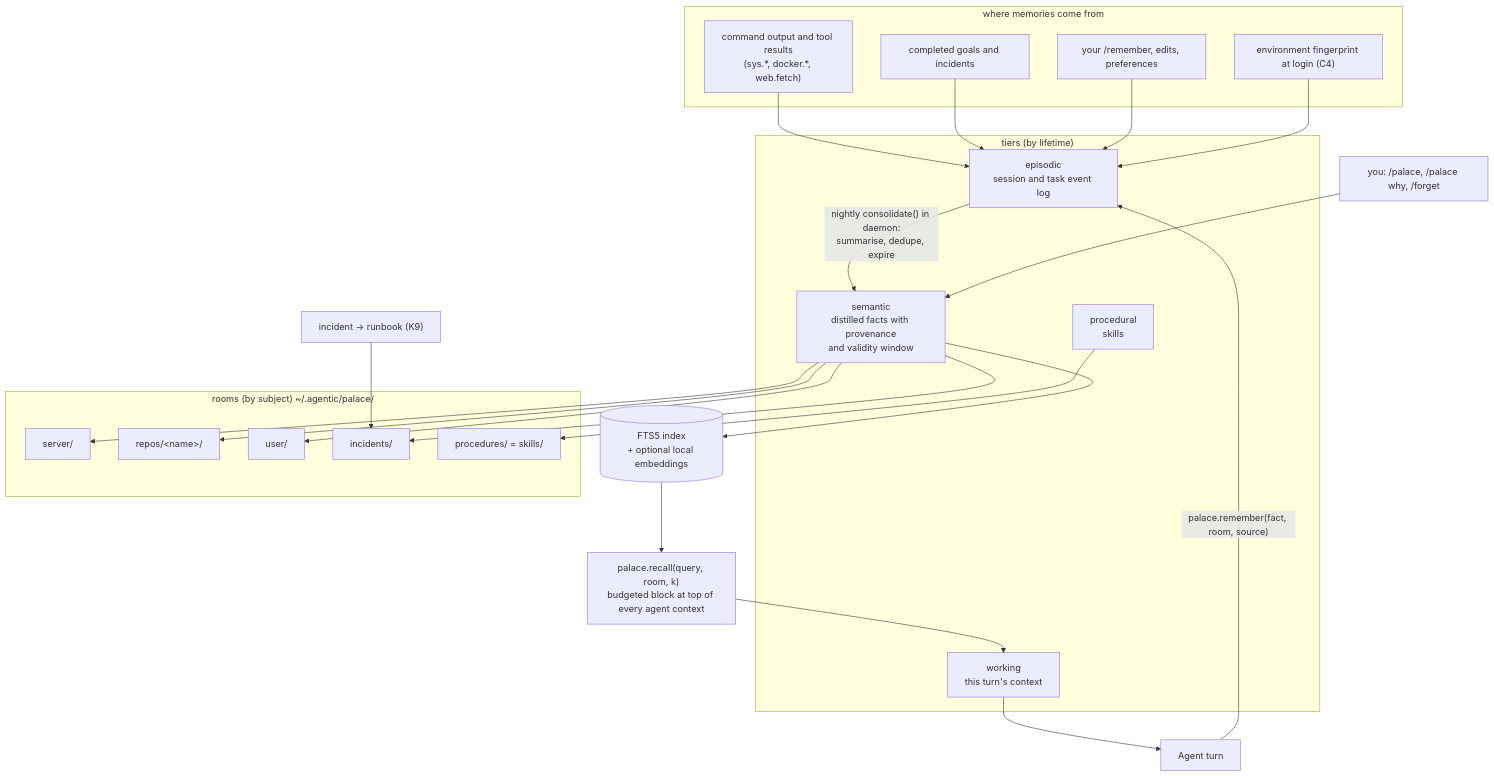
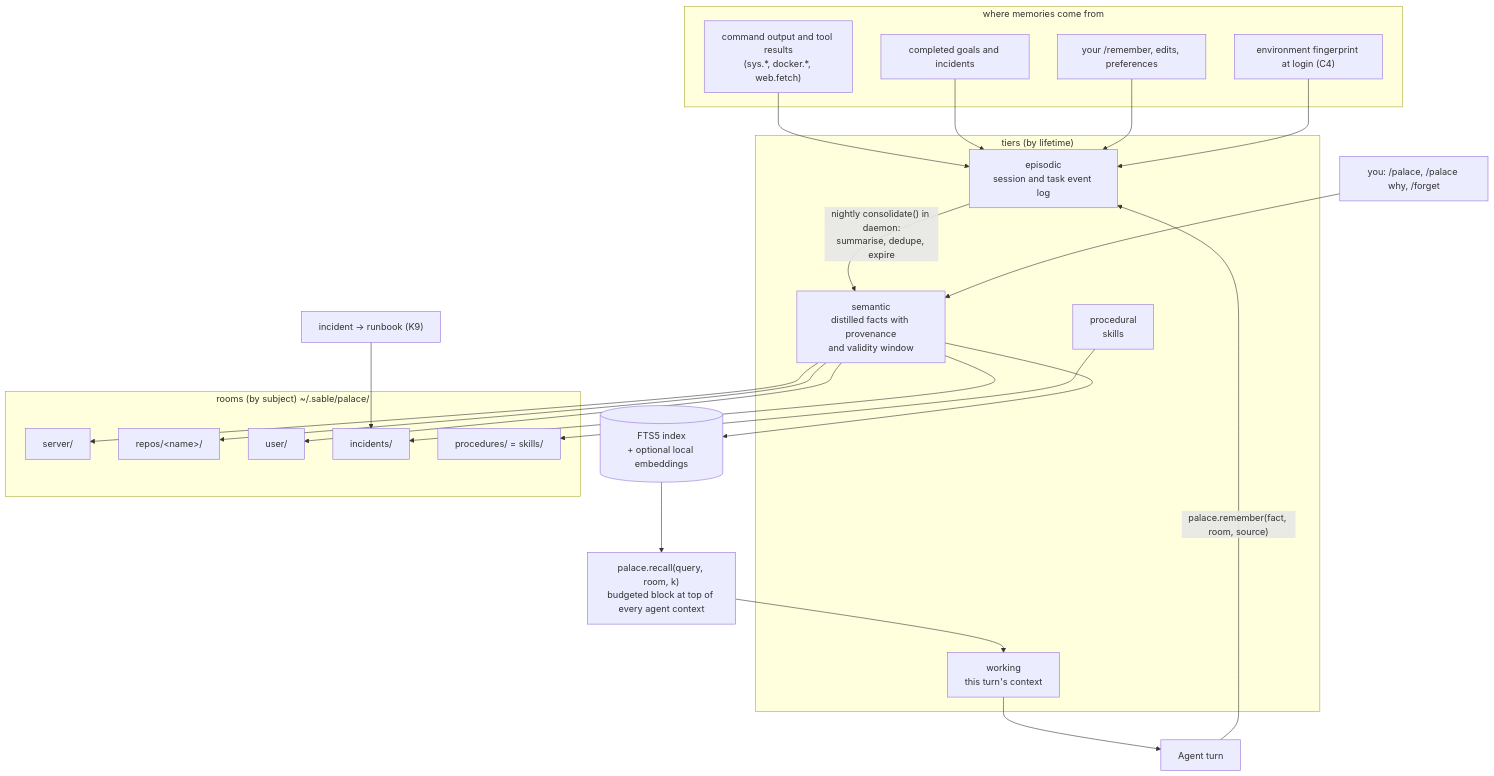
One commit to Parthkomalwad/Agentic_OS changed the sixth of 8 diagrams in docs/architecture-v4.md. Above: the diagram before and after it, drawn with Mermaid. The commit also changed other lines of this file and 42 other files, not shown here.

````diff
--- a/docs/architecture-v4.md
+++ b/docs/architecture-v4.md
@@ -313,36 +313,36 @@
 ```mermaid
 flowchart TB
     subgraph SOURCES["where memories come from"]
         S1["command output and tool results<br/>(sys.*, docker.*, web.fetch)"]
         S2["completed goals and incidents"]
         S3["your /remember, edits, preferences"]
         S4["environment fingerprint at login (C4)"]
     end
 
     subgraph TIERS["tiers (by lifetime)"]
         WORK["working<br/>this turn's context"]
         EPI["episodic<br/>session and task event log"]
         SEM["semantic<br/>distilled facts with provenance<br/>and validity window"]
         PROC["procedural<br/>skills"]
     end
 
-    subgraph ROOMS["rooms (by subject) ~/.agentic/palace/"]
+    subgraph ROOMS["rooms (by subject) ~/.sable/palace/"]
         R1["server/"]
         R2["repos/&lt;name&gt;/"]
         R3["user/"]
         R4["incidents/"]
         R5["procedures/ = skills/"]
     end
 
     S1 & S2 & S3 & S4 --> EPI
     EPI -->|"nightly consolidate() in daemon:<br/>summarise, dedupe, expire"| SEM
     SEM --> R1 & R2 & R3 & R4
     PROC --> R5
     SEM --> IDX[("FTS5 index<br/>+ optional local embeddings")]
     IDX --> RECALL["palace.recall(query, room, k)<br/>budgeted block at top of every agent context"]
     RECALL --> WORK
     WORK --> AGENT["Agent turn"]
     AGENT -->|"palace.remember(fact, room, source)"| EPI
     USER["you: /palace, /palace why, /forget"] --> SEM
     INC["incident → runbook (K9)"] --> R4
 ```
````
